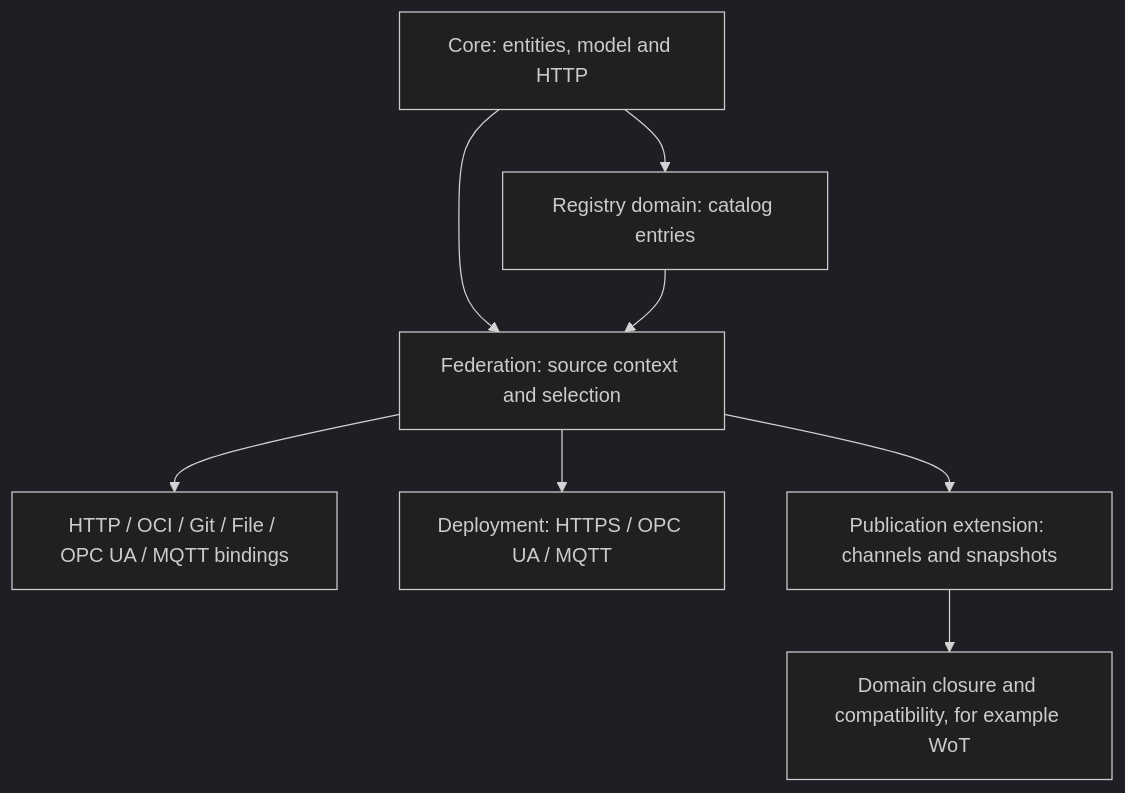
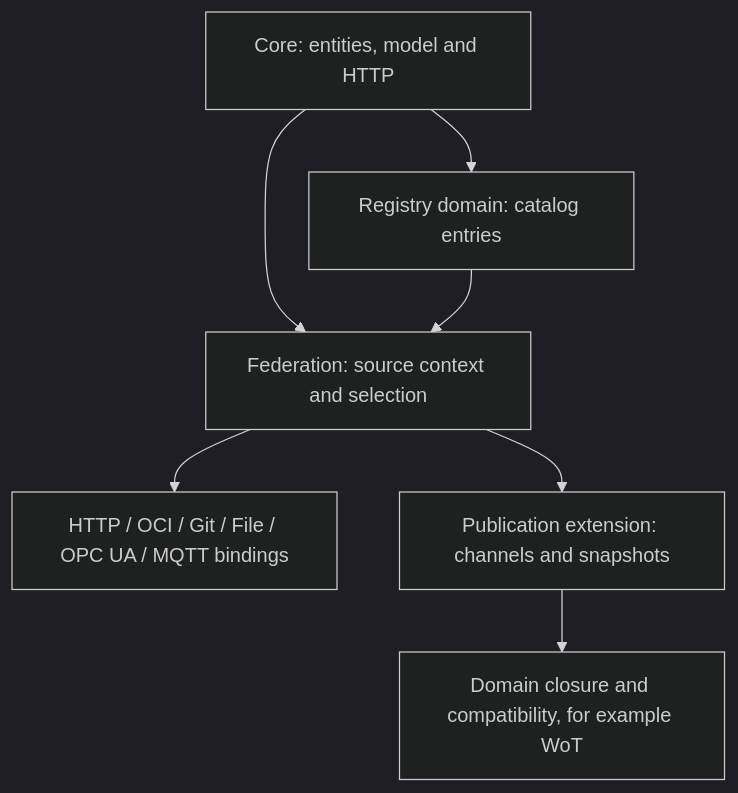
Before and after one commit to xregistry/spec: the diagram in workingdrafts/README.md, drawn with Mermaid (dark theme). The commit also changed other lines of this file, not shown here.

Commit message:
Trim deployment and WoT generator references from the draft index

````diff
--- a/workingdrafts/README.md
+++ b/workingdrafts/README.md
@@ -29,10 +28,9 @@
 ```mermaid
 flowchart TD
     C["Core: entities, model and HTTP"] --> R["Registry domain: catalog entries"]
     C --> F["Federation: source context and selection"]
     R --> F
     F --> B["HTTP / OCI / Git / File / OPC UA / MQTT bindings"]
-    F --> W["Deployment: HTTPS / OPC UA / MQTT"]
     F --> P["Publication extension: channels and snapshots"]
     P --> D["Domain closure and compatibility, for example WoT"]
 ```
````
